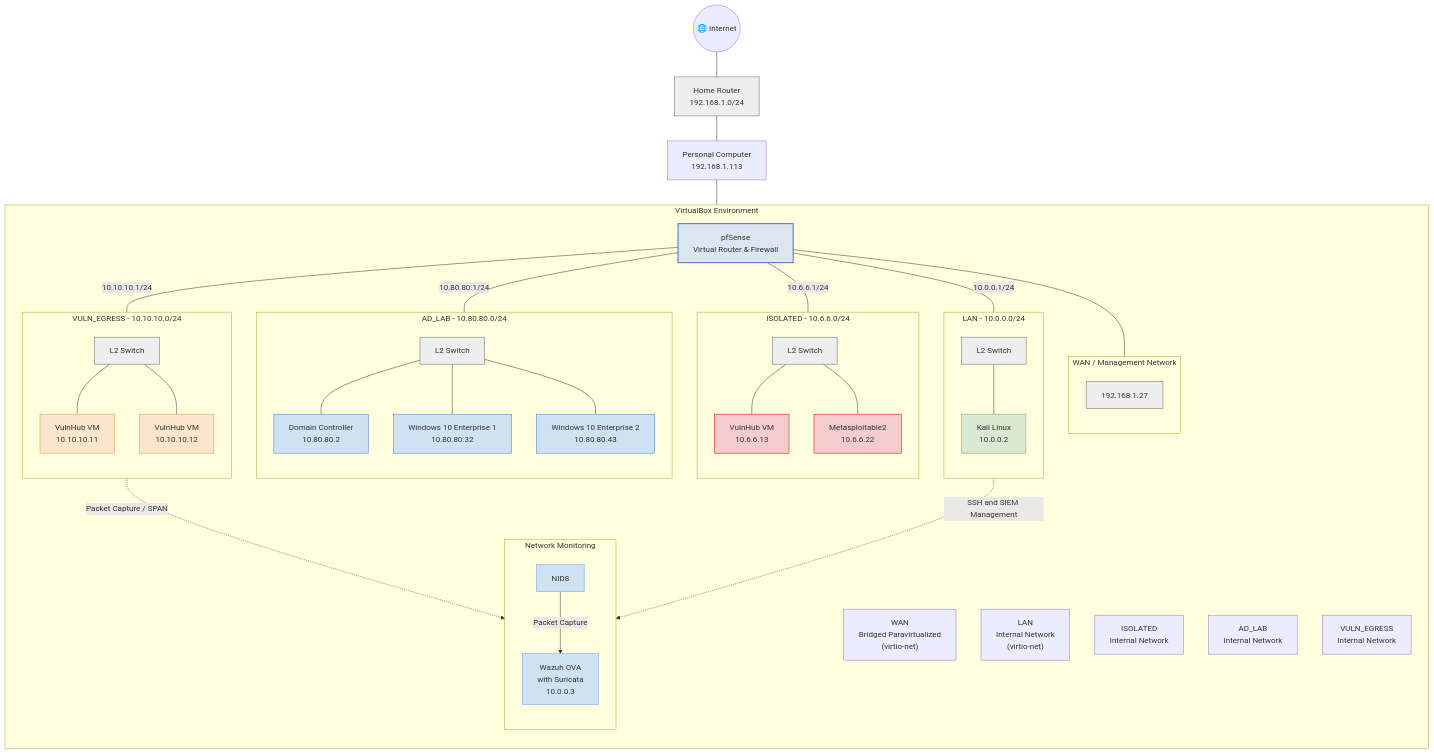
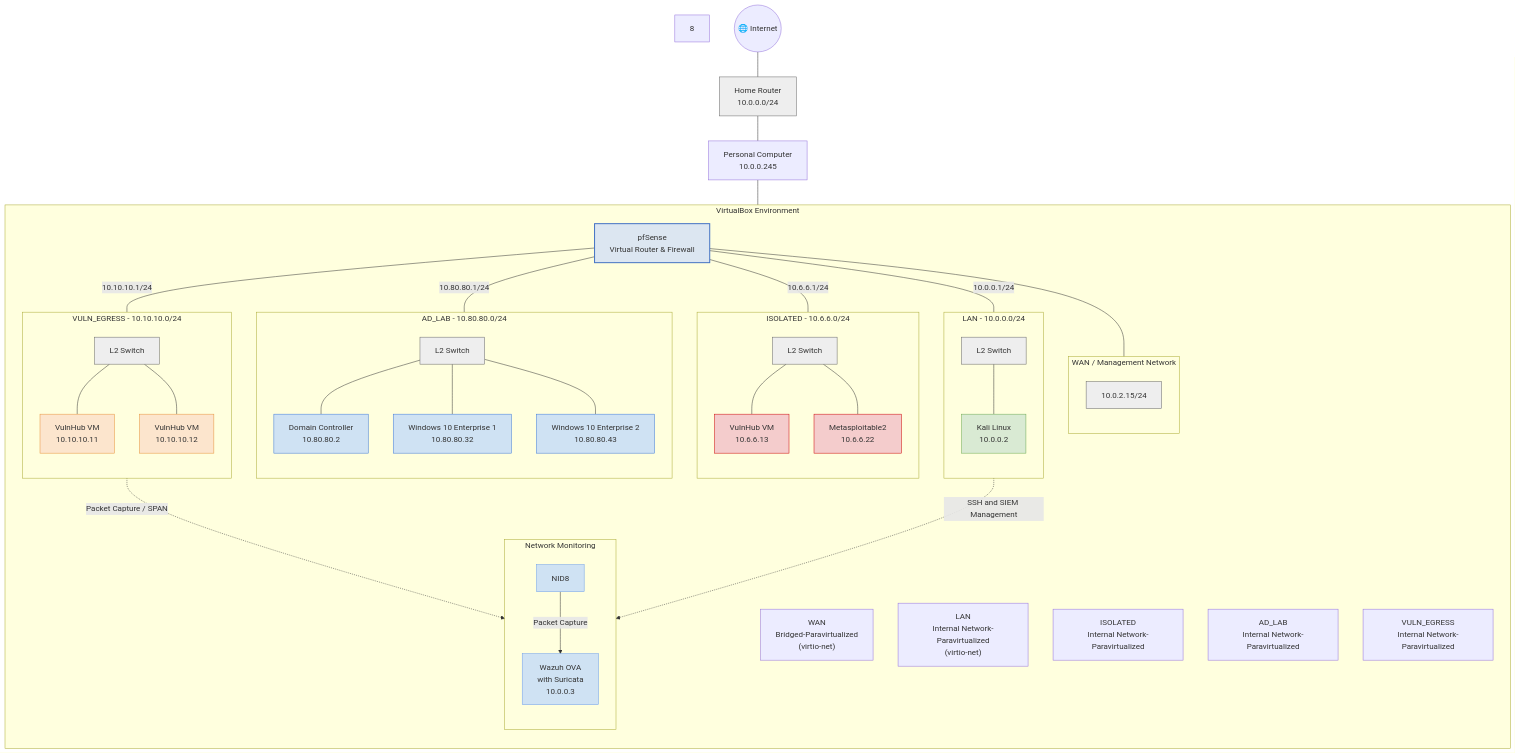
The diagram in README.md (lmattingly6/VirtualBox-siem-lab), drawn with Mermaid before and after one commit.

Commit message:
Update network addresses in README.md

```diff
--- a/README.md
+++ b/README.md
@@ -18,11 +18,11 @@
 
     %% HOME NETWORK
     Internet(("🌐 Internet"))
-    Router["Home Router<br/>192.168.1.0/24"]
+    Router["Home Router<br/>10.0.0.0/24"]
 
     Internet --- Router
-
-    PC["Personal Computer<br/>192.168.1.113"]
+8
+    PC["Personal Computer<br/>10.0.0.245"]
 
 
     Router --- PC
@@ -35,16 +35,16 @@
         FW["pfSense<br/>Virtual Router & Firewall"]
 
         %% NETWORK INTERFACES
-        WAN["WAN<br/>Bridged Paravirtualized<br/>(virtio-net)"]
-        LAN["LAN<br/>Internal Network<br/>(virtio-net)"]
-        ISO["ISOLATED<br/>Internal Network"]
-        AD["AD_LAB<br/>Internal Network"]
-        VULN["VULN_EGRESS<br/>Internal Network"]
+        WAN["WAN<br/>Bridged-Paravirtualized<br/>(virtio-net)"]
+        LAN["LAN<br/>Internal Network-Paravirtualized<br/>(virtio-net)"]
+        ISO["ISOLATED<br/>Internal Network-Paravirtualized"]
+        AD["AD_LAB<br/>Internal Network-Paravirtualized"]
+        VULN["VULN_EGRESS<br/>Internal Network-Paravirtualized"]
 
         %% NETWORK SEGMENTS
         subgraph NET1["WAN / Management Network"]
             direction TB
-            MGT["192.168.1.27"]
+            MGT["10.0.2.15/24"]
         end
 
         subgraph NET2["LAN - 10.0.0.0/24"]
```
